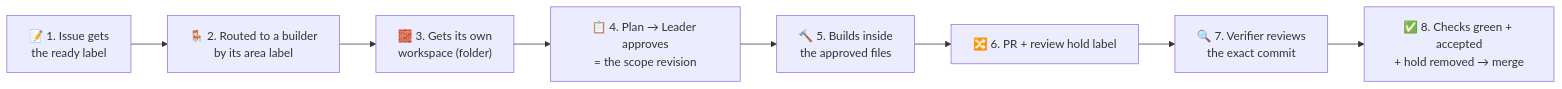
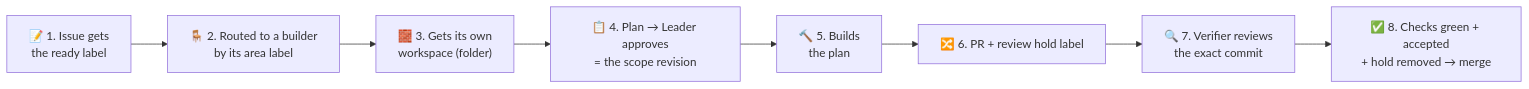
The first of 9 diagrams in docs/superpowers/specs/2026-11-16-installation-guides/guide-3-operating-the-factory.md (albiexai/synth-city), drawn with Mermaid before and after one commit. The commit also changed other lines of this file and 1 other file, not shown here.

First line of the commit message:
docs(spec): Guide 3: say who checks that changes stay inside the approved plan

````diff
--- a/docs/superpowers/specs/2026-11-16-installation-guides/guide-3-operating-the-factory.md
+++ b/docs/superpowers/specs/2026-11-16-installation-guides/guide-3-operating-the-factory.md
@@ -20,10 +20,10 @@
 ```mermaid
 flowchart LR
     A["📝 1. Issue gets<br/>the ready label"] --> B["🪑 2. Routed to a builder<br/>by its area label"]
     B --> C["🧱 3. Gets its own<br/>workspace (folder)"]
     C --> D["📋 4. Plan → Leader approves<br/>= the scope revision"]
-    D --> E["🔨 5. Builds inside<br/>the approved files"]
+    D --> E["🔨 5. Builds<br/>the plan"]
     E --> F["🔀 6. PR + review hold label"]
     F --> G["🔍 7. Verifier reviews<br/>the exact commit"]
     G --> H["✅ 8. Checks green + accepted<br/>+ hold removed → merge"]
 ```
````
